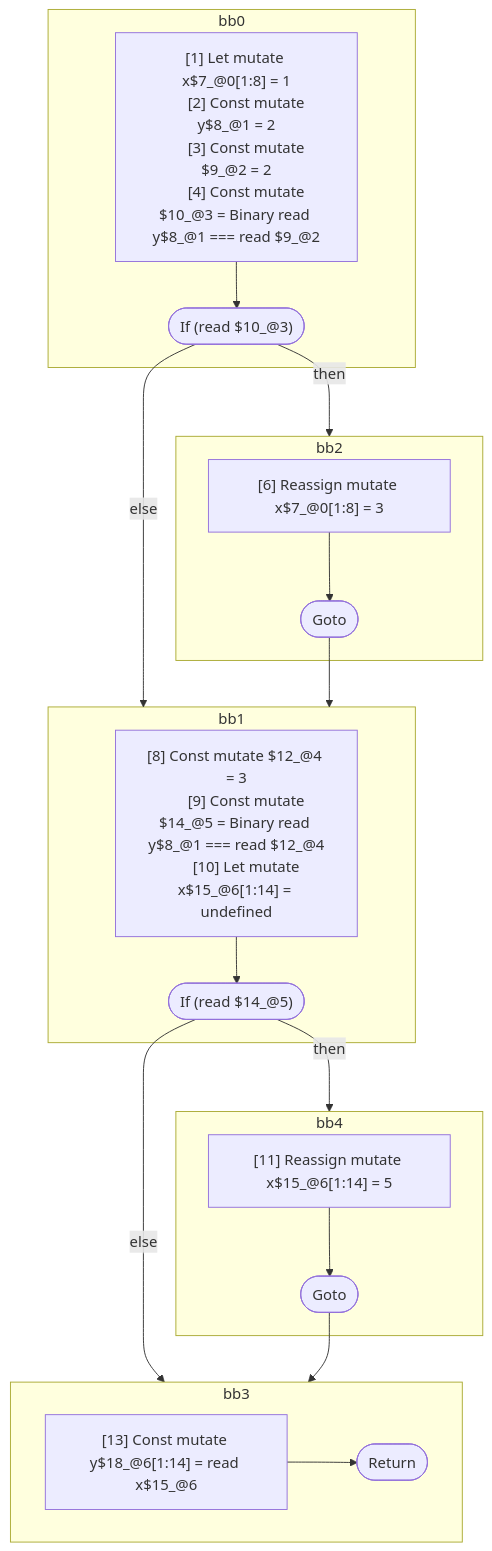
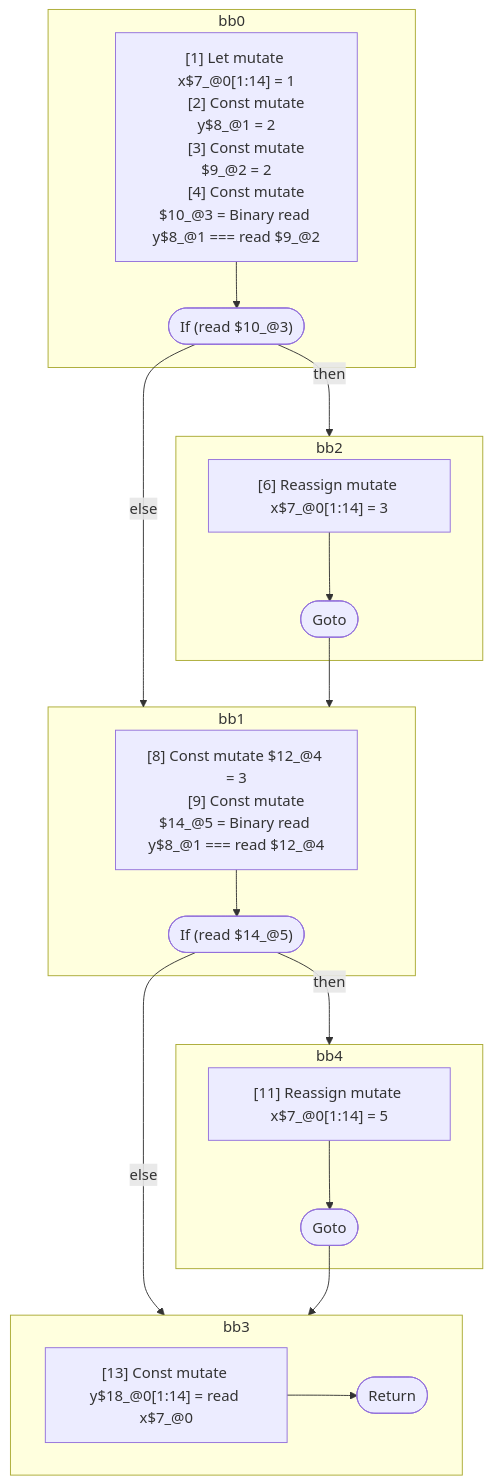
The diagram in compiler/forget/src/__tests__/fixtures/hir/ssa-complex-multiple-if.expect.md (wutsmog/private), drawn with Mermaid before and after one commit. The commit also changed other lines of this file and 5 other files, not shown here.

````diff
--- a/compiler/forget/src/__tests__/fixtures/hir/ssa-complex-multiple-if.expect.md
+++ b/compiler/forget/src/__tests__/fixtures/hir/ssa-complex-multiple-if.expect.md
@@ -57,48 +56,47 @@
 ```mermaid
 flowchart TB
   %% Basic Blocks
   subgraph bb0
     bb0_instrs["
-      [1] Let mutate x$7_@0[1:8] = 1
+      [1] Let mutate x$7_@0[1:14] = 1
       [2] Const mutate y$8_@1 = 2
       [3] Const mutate $9_@2 = 2
       [4] Const mutate $10_@3 = Binary read y$8_@1 === read $9_@2
     "]
     bb0_instrs --> bb0_terminal(["If (read $10_@3)"])
   end
   subgraph bb2
     bb2_instrs["
-      [6] Reassign mutate x$7_@0[1:8] = 3
+      [6] Reassign mutate x$7_@0[1:14] = 3
     "]
     bb2_instrs --> bb2_terminal(["Goto"])
   end
   subgraph bb1
     bb1_instrs["
       [8] Const mutate $12_@4 = 3
       [9] Const mutate $14_@5 = Binary read y$8_@1 === read $12_@4
-      [10] Let mutate x$15_@6[1:14] = undefined
     "]
     bb1_instrs --> bb1_terminal(["If (read $14_@5)"])
   end
   subgraph bb4
     bb4_instrs["
-      [11] Reassign mutate x$15_@6[1:14] = 5
+      [11] Reassign mutate x$7_@0[1:14] = 5
     "]
     bb4_instrs --> bb4_terminal(["Goto"])
   end
   subgraph bb3
     bb3_instrs["
-      [13] Const mutate y$18_@6[1:14] = read x$15_@6
+      [13] Const mutate y$18_@0[1:14] = read x$7_@0
     "]
     bb3_instrs --> bb3_terminal(["Return"])
   end
 
   %% Jumps
   bb0_terminal -- "then" --> bb2
   bb0_terminal -- "else" --> bb1
   bb2_terminal --> bb1
   bb1_terminal -- "then" --> bb4
   bb1_terminal -- "else" --> bb3
   bb4_terminal --> bb3
 
 ```
````
